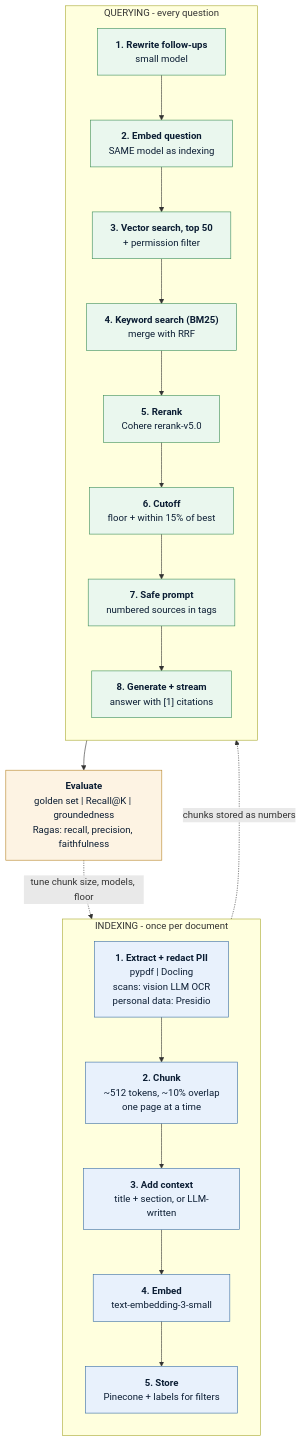
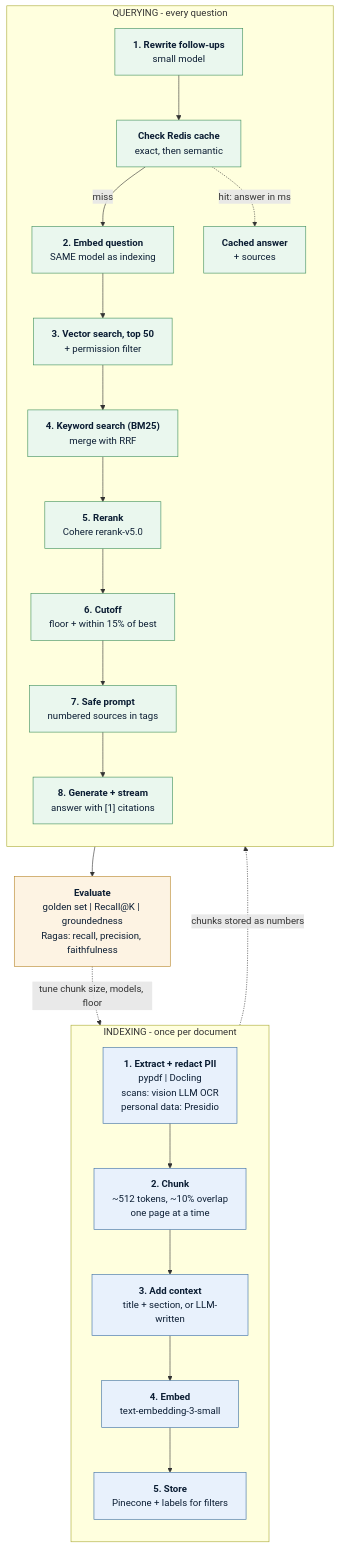
One commit to imran-ahmed377/prep-codex changed the diagram in RAG.md. Above: the diagram before and after it, drawn with Mermaid. The commit also changed other lines of this file and 1 other file, not shown here.

Commit message:
Add caching section for Azure Managed Redis in RAG_Azure.md

````diff
--- a/RAG.md
+++ b/RAG.md
@@ -1820,37 +2177,39 @@
 ```mermaid
 flowchart TD
     subgraph IDX["INDEXING - once per document"]
         direction TB
         I1["<b>1. Extract + redact PII</b><br/>pypdf | Docling<br/>scans: vision LLM OCR<br/>personal data: Presidio"]
         I2["<b>2. Chunk</b><br/>~512 tokens, ~10% overlap<br/>one page at a time"]
         I3["<b>3. Add context</b><br/>title + section, or LLM-written"]
         I4["<b>4. Embed</b><br/>text-embedding-3-small"]
         I5["<b>5. Store</b><br/>Pinecone + labels for filters"]
         I1 --> I2 --> I3 --> I4 --> I5
     end
 
     I5 -.->|"chunks stored as numbers"| Q3
 
     subgraph QRY["QUERYING - every question"]
         direction TB
         Q1["<b>1. Rewrite follow-ups</b><br/>small model"]
         Q2["<b>2. Embed question</b><br/>SAME model as indexing"]
         Q3["<b>3. Vector search, top 50</b><br/>+ permission filter"]
         Q4["<b>4. Keyword search (BM25)</b><br/>merge with RRF"]
         Q5["<b>5. Rerank</b><br/>Cohere rerank-v5.0"]
         Q6["<b>6. Cutoff</b><br/>floor + within 15% of best"]
         Q7["<b>7. Safe prompt</b><br/>numbered sources in tags"]
         Q8["<b>8. Generate + stream</b><br/>answer with [1] citations"]
-        Q1 --> Q2 --> Q3 --> Q4 --> Q5 --> Q6 --> Q7 --> Q8
+        QC["<b>Check Redis cache</b><br/>exact, then semantic"]
+        Q1 --> QC -->|"miss"| Q2 --> Q3 --> Q4 --> Q5 --> Q6 --> Q7 --> Q8
+        QC -.->|"hit: answer in ms"| HIT["<b>Cached answer</b><br/>+ sources"]
     end
 
     Q8 --> EV["<b>Evaluate</b><br/>golden set | Recall@K | groundedness<br/>Ragas: recall, precision, faithfulness"]
     EV -.->|"tune chunk size, models, floor"| I2
 
     classDef ingest fill:#e8f1fc,stroke:#3b6ea5,stroke-width:1px,color:#0b1d33
     classDef query  fill:#eaf7ee,stroke:#3f8f5b,stroke-width:1px,color:#0b1d33
     classDef eval   fill:#fdf3e3,stroke:#b8862b,stroke-width:1px,color:#0b1d33
     class I1,I2,I3,I4,I5 ingest
-    class Q1,Q2,Q3,Q4,Q5,Q6,Q7,Q8 query
+    class Q1,QC,Q2,Q3,Q4,Q5,Q6,Q7,Q8,HIT query
     class EV eval
 ```
````
